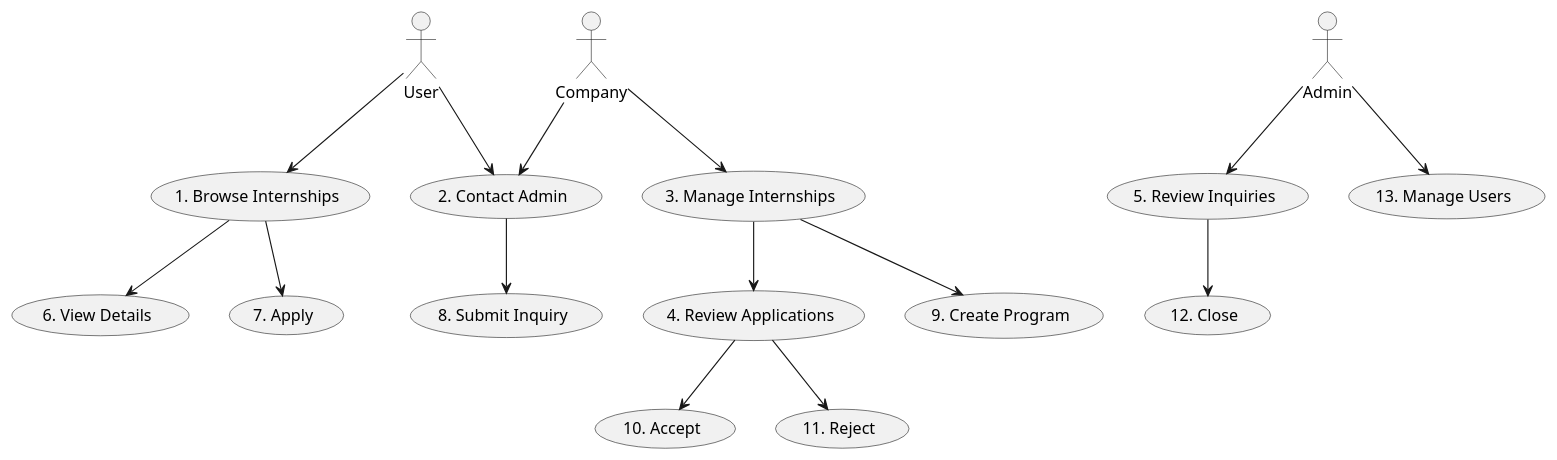
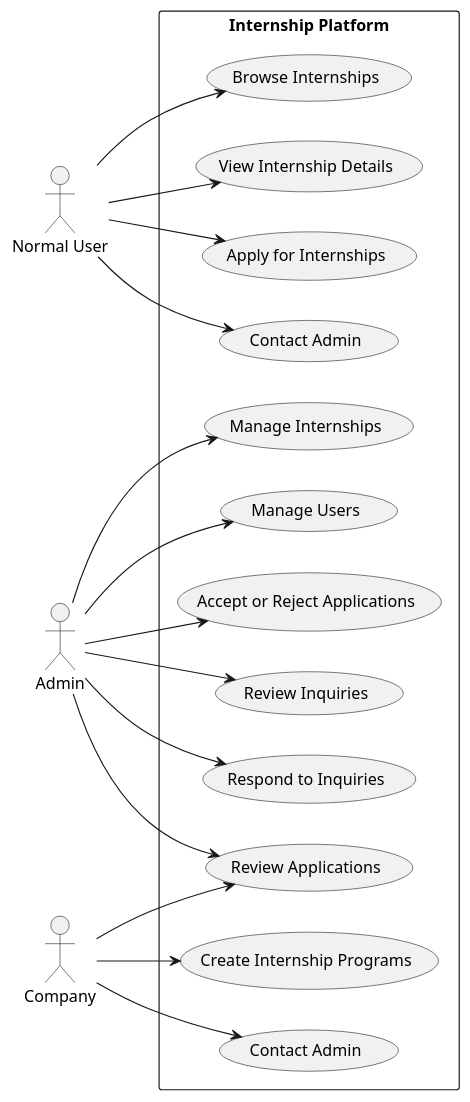
The diagram in src/UML/Behavior/Usecase.wsd (XRRRA/Internwise), drawn with PlantUML before and after one commit. The commit also changed 5 other files, not shown here.

Commit message:
Remade all the UML diagrams

```diff
--- a/src/UML/Behavior/Usecase.wsd
+++ b/src/UML/Behavior/Usecase.wsd
@@ -1,36 +1,32 @@
-@startuml usecase
-(1. Browse Internships)
-(2. Contact Admin)
-(3. Manage Internships)
-(4. Review Applications)
-(5. Review Inquiries)
-(6. View Details)
-(7. Apply)
-(8. Submit Inquiry)
-(9. Create Program)
-(10. Accept)
-(11. Reject)
-(12. Close)
-(13. Manage Users)
+@startuml
 
-User --> (1. Browse Internships)
-User --> (2. Contact Admin)
-Admin --> (5. Review Inquiries)
-Admin --> (13. Manage Users)
-Company --> (3. Manage Internships)
-Company --> (2. Contact Admin)
+left to right direction
 
-(1. Browse Internships) --> (6. View Details)
-(1. Browse Internships) --> (7. Apply)
+actor "Normal User" as user
+actor "Admin" as admin
+actor "Company" as company
 
-(2. Contact Admin) --> (8. Submit Inquiry)
+rectangle "Internship Platform" {
+  usecase "Browse Internships" as browse
+  usecase "View Internship Details" as viewDetails
+  usecase "Apply for Internships" as apply
+  usecase "Contact Admin" as contactAdmin
 
-(3. Manage Internships) --> (9. Create Program)
-(3. Manage Internships) --> (4. Review Applications)
+  admin --> (Review Applications)
+  admin --> (Accept or Reject Applications)
+  admin --> (Review Inquiries)
+  admin --> (Respond to Inquiries)
+  admin --> (Manage Internships)
+  admin --> (Manage Users)
 
-(4. Review Applications) --> (10. Accept)
-(4. Review Applications) --> (11. Reject)
+  user --> browse
+  user --> viewDetails
+  user --> apply
+  user --> contactAdmin
 
-(5. Review Inquiries) --> (12. Close)
+  company --> (Create Internship Programs)
+  company --> (Review Applications)
+  company --> (Contact Admin)
+}
 
 @enduml
```
